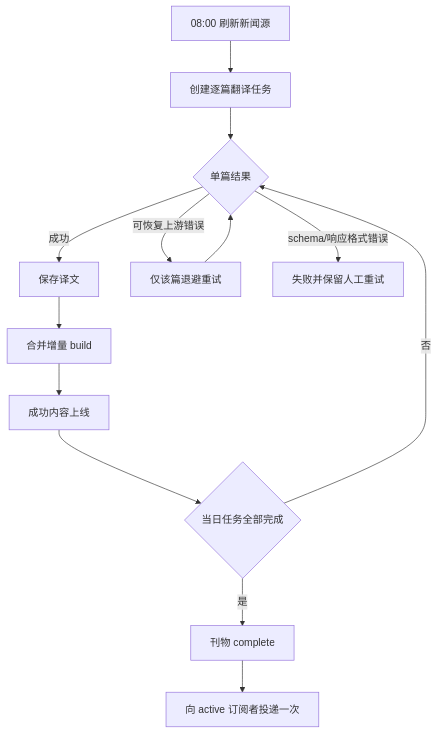
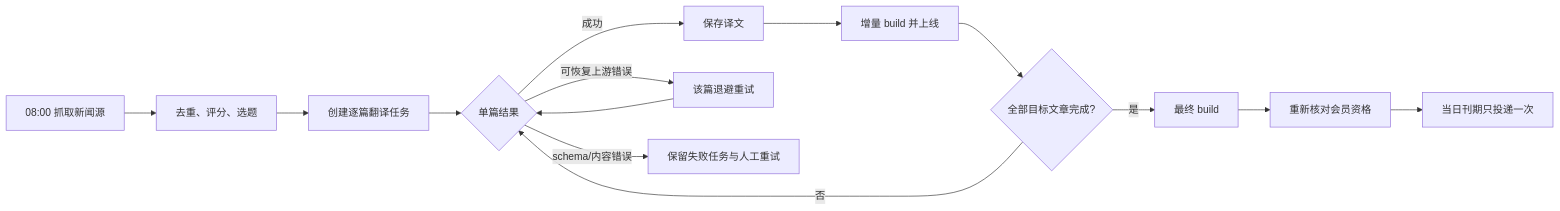
The diagram in README.md (Yi-Lings/news-digest), drawn with Mermaid before and after one commit. The commit also changed other lines of this file and 13 other files, not shown here.

````diff
--- a/README.md
+++ b/README.md
@@ -85,15 +69,16 @@
 ```mermaid
-flowchart TD
-    A["08:00 刷新新闻源"] --> B["创建逐篇翻译任务"]
-    B --> C{"单篇结果"}
-    C -->|成功| D["保存译文"]
-    D --> E["合并增量 build"]
-    E --> F["成功内容上线"]
-    C -->|可恢复上游错误| G["仅该篇退避重试"]
-    C -->|schema/响应格式错误| K["失败并保留人工重试"]
-    G --> C
-    F --> H{"当日任务全部完成"}
-    H -->|否| C
-    H -->|是| I["刊物 complete"]
-    I --> J["向 active 订阅者投递一次"]
+flowchart LR
+    A[08:00 抓取新闻源] --> B[去重、评分、选题]
+    B --> C[创建逐篇翻译任务]
+    C --> D{单篇结果}
+    D -->|成功| E[保存译文]
+    E --> F[增量 build 并上线]
+    D -->|可恢复上游错误| G[该篇退避重试]
+    G --> D
+    D -->|schema/内容错误| H[保留失败任务与人工重试]
+    F --> I{全部目标文章完成?}
+    I -->|否| D
+    I -->|是| J[最终 build]
+    J --> K[重新核对会员资格]
+    K --> L[当日刊期只投递一次]
 ```
````
